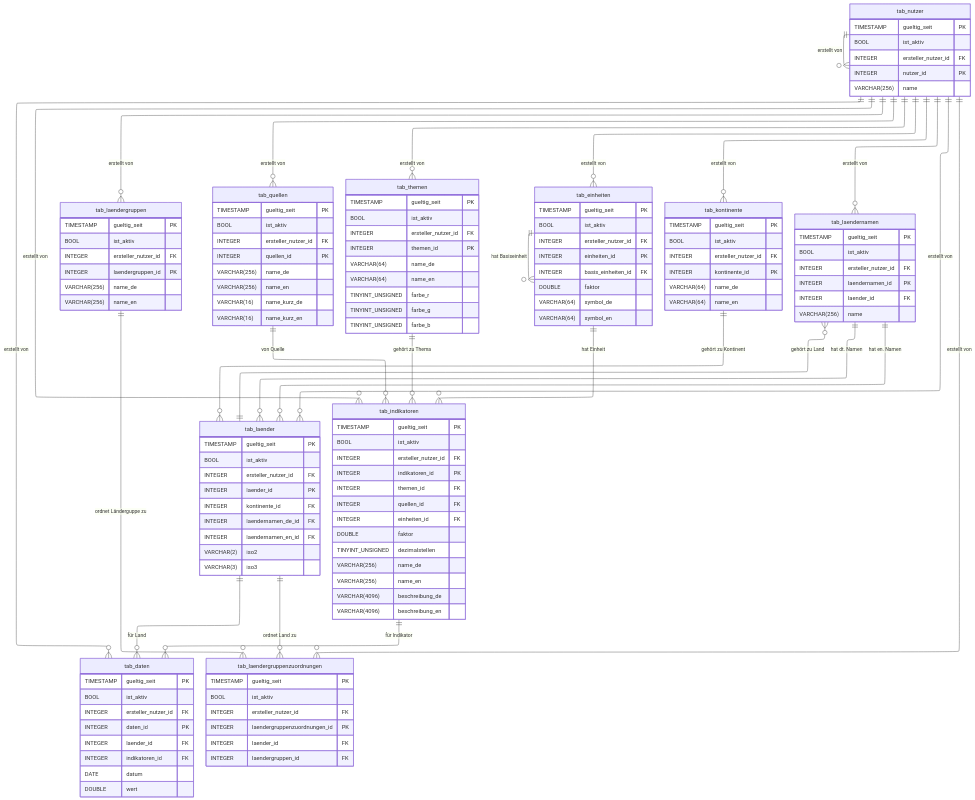
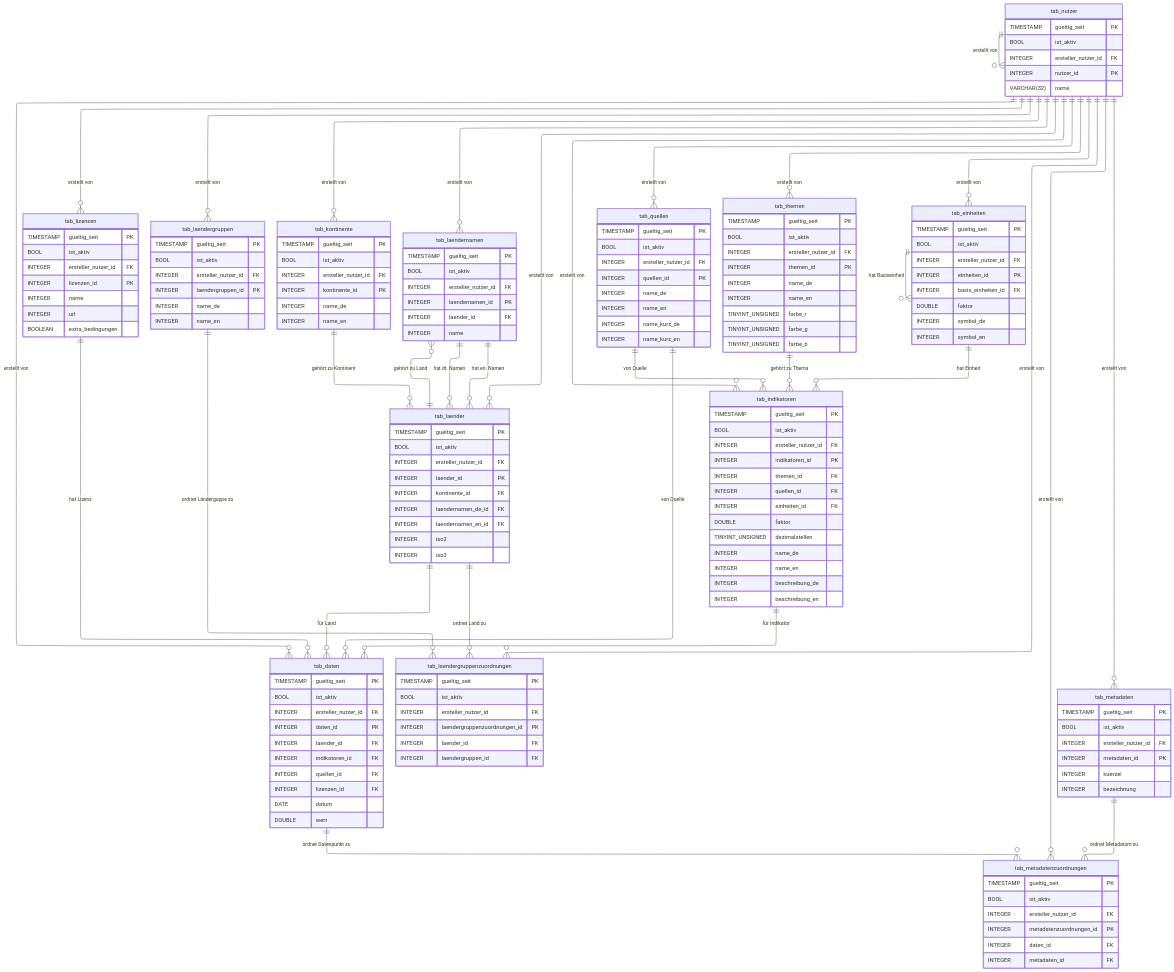
Before and after one commit to CR1337/intstat-redesign: the diagram in doc/documentation.md, drawn with Mermaid. The commit also changed other lines of this file and 23 other files, not shown here.

```diff
--- a/doc/documentation.md
+++ b/doc/documentation.md
@@ -30,6 +30,21 @@
     layout: elk
 ---
 erDiagram
+
+        tab_lizenzen {
+            TIMESTAMP gueltig_seit PK
+            BOOL ist_aktiv
+            INTEGER ersteller_nutzer_id FK 
+            INTEGER lizenzen_id PK
+
+
+                INTEGER name
+                INTEGER url
+                BOOLEAN extra_bedingungen
+        }
+
+        tab_nutzer ||--o{ tab_lizenzen : "erstellt von"
+
 
         tab_daten {
             TIMESTAMP gueltig_seit PK
@@ -39,6 +54,8 @@
 
                 INTEGER laender_id FK
                 INTEGER indikatoren_id FK
+                INTEGER quellen_id FK
+                INTEGER lizenzen_id FK
 
                 DATE datum
                 DOUBLE wert
@@ -46,6 +63,8 @@
 
             tab_laender ||--o{ tab_daten : "für Land"
             tab_indikatoren ||--o{ tab_daten : "für Indikator"
+            tab_quellen ||--o{ tab_daten : "von Quelle"
+            tab_lizenzen ||--o{ tab_daten : "hat Lizenz"
         tab_nutzer ||--o{ tab_daten : "erstellt von"
 
 
@@ -56,8 +75,8 @@
             INTEGER laendergruppen_id PK
 
 
-                VARCHAR(256) name_de
-                VARCHAR(256) name_en
+                INTEGER name_de
+                INTEGER name_en
         }
 
         tab_nutzer ||--o{ tab_laendergruppen : "erstellt von"
@@ -79,6 +98,20 @@
         tab_nutzer ||--o{ tab_laendergruppenzuordnungen : "erstellt von"
 
 
+        tab_metadaten {
+            TIMESTAMP gueltig_seit PK
+            BOOL ist_aktiv
+            INTEGER ersteller_nutzer_id FK 
+            INTEGER metadaten_id PK
+
+
+                INTEGER kuerzel
+                INTEGER bezeichnung
+        }
+
+        tab_nutzer ||--o{ tab_metadaten : "erstellt von"
+
+
         tab_nutzer {
             TIMESTAMP gueltig_seit PK
             BOOL ist_aktiv
@@ -86,7 +119,7 @@
             INTEGER nutzer_id PK
 
 
-                VARCHAR(256) name
+                VARCHAR(32) name
         }
 
         tab_nutzer ||--o{ tab_nutzer : "erstellt von"
@@ -99,10 +132,10 @@
             INTEGER quellen_id PK
 
 
-                VARCHAR(256) name_de
-                VARCHAR(256) name_en
-                VARCHAR(16) name_kurz_de
-                VARCHAR(16) name_kurz_en
+                INTEGER name_de
+                INTEGER name_en
+                INTEGER name_kurz_de
+                INTEGER name_kurz_en
         }
 
         tab_nutzer ||--o{ tab_quellen : "erstellt von"
@@ -120,10 +153,10 @@
 
                 DOUBLE faktor
                 TINYINT_UNSIGNED dezimalstellen
-                VARCHAR(256) name_de
-                VARCHAR(256) name_en
-                VARCHAR(4096) beschreibung_de
-                VARCHAR(4096) beschreibung_en
+                INTEGER name_de
+                INTEGER name_en
+                INTEGER beschreibung_de
+                INTEGER beschreibung_en
         }
 
             tab_themen ||--o{ tab_indikatoren : "gehört zu Thema"
@@ -139,8 +172,8 @@
             INTEGER themen_id PK
 
 
-                VARCHAR(64) name_de
-                VARCHAR(64) name_en
+                INTEGER name_de
+                INTEGER name_en
                 TINYINT_UNSIGNED farbe_r
                 TINYINT_UNSIGNED farbe_g
                 TINYINT_UNSIGNED farbe_b
@@ -159,8 +192,8 @@
                 INTEGER laendernamen_de_id FK
                 INTEGER laendernamen_en_id FK
 
-                VARCHAR(2) iso2
-                VARCHAR(3) iso3
+                INTEGER iso2
+                INTEGER iso3
         }
 
             tab_kontinente ||--o{ tab_laender : "gehört zu Kontinent"
@@ -178,8 +211,8 @@
                 INTEGER basis_einheiten_id FK
 
                 DOUBLE faktor
-                VARCHAR(64) symbol_de
-                VARCHAR(64) symbol_en
+                INTEGER symbol_de
+                INTEGER symbol_en
         }
 
             tab_einheiten ||--o{ tab_einheiten : "hat Basiseinheit"
@@ -194,11 +227,27 @@
 
                 INTEGER laender_id FK
 
-                VARCHAR(256) name
+                INTEGER name
         }
 
             tab_laender ||--o{ tab_laendernamen : "gehört zu Land"
         tab_nutzer ||--o{ tab_laendernamen : "erstellt von"
+
+
+        tab_metadatenzuordnungen {
+            TIMESTAMP gueltig_seit PK
+            BOOL ist_aktiv
+            INTEGER ersteller_nutzer_id FK 
+            INTEGER metadatenzuordnungen_id PK
+
+                INTEGER daten_id FK
+                INTEGER metadaten_id FK
+
+        }
+
+            tab_daten ||--o{ tab_metadatenzuordnungen : "ordnet Datenpunkt zu"
+            tab_metadaten ||--o{ tab_metadatenzuordnungen : "ordnet Metadatum zu"
+        tab_nutzer ||--o{ tab_metadatenzuordnungen : "erstellt von"
 
 
         tab_kontinente {
@@ -208,8 +257,8 @@
             INTEGER kontinente_id PK
 
 
-                VARCHAR(64) name_de
-                VARCHAR(64) name_en
+                INTEGER name_de
+                INTEGER name_en
         }
 
         tab_nutzer ||--o{ tab_kontinente : "erstellt von"
```
